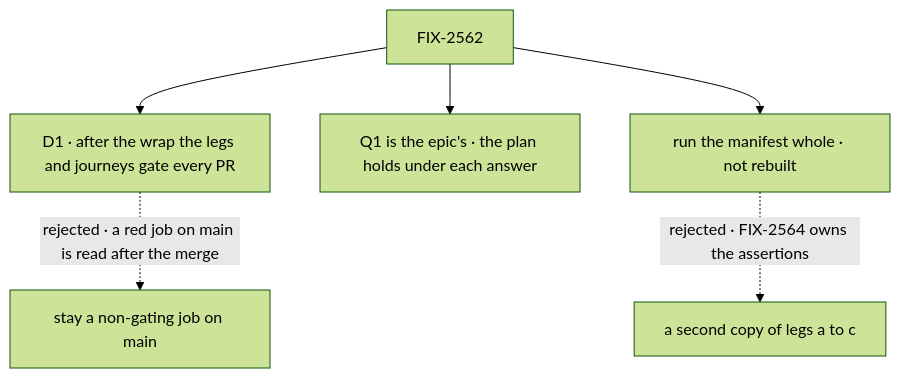
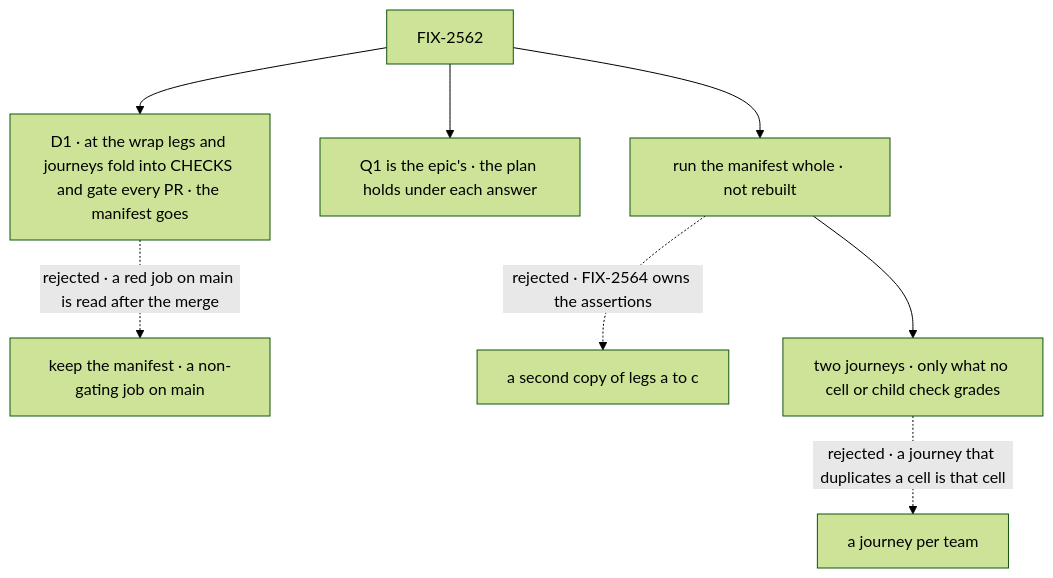
Before and after one commit to fixpoint-labs/flow-state-dev: the diagram in specs/issues/FIX-2562/DECISIONS.md, drawn with Mermaid (forest theme). The commit also changed other lines of this file and 2 other files, not shown here.

````diff
--- a/specs/issues/FIX-2562/DECISIONS.md
+++ b/specs/issues/FIX-2562/DECISIONS.md
@@ -12,8 +12,10 @@
 ```mermaid
 flowchart TD
-  I["FIX-2562"] --> D1["D1 · after the wrap the legs and journeys gate every PR"]
-  D1 -.->|"rejected · a red job on main is read after the merge"| X1["stay a non-gating job on main"]
+  I["FIX-2562"] --> D1["D1 · at the wrap legs and journeys fold into CHECKS and gate every PR · the manifest goes"]
+  D1 -.->|"rejected · a red job on main is read after the merge"| X1["keep the manifest · a non-gating job on main"]
   I --> Q["Q1 is the epic's · the plan holds under each answer"]
   I --> R["run the manifest whole · not rebuilt"]
   R -.->|"rejected · FIX-2564 owns the assertions"| X2["a second copy of legs a to c"]
+  R --> J["two journeys · only what no cell or child check grades"]
+  J -.->|"rejected · a journey that duplicates a cell is that cell"| X3["a journey per team"]
 ```
````
